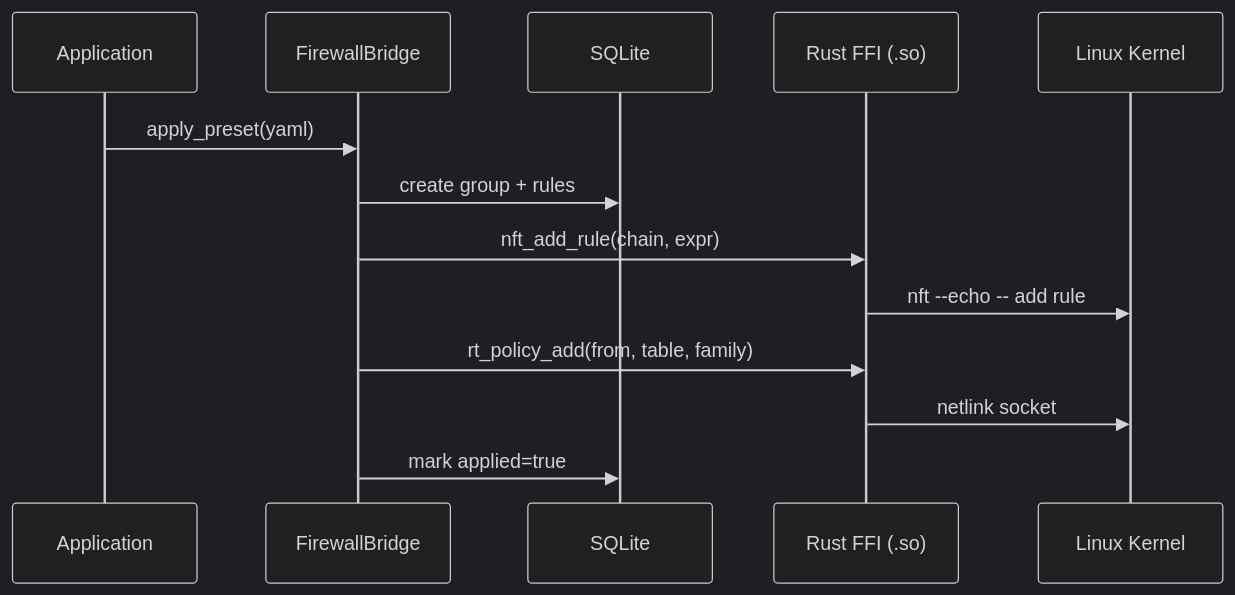
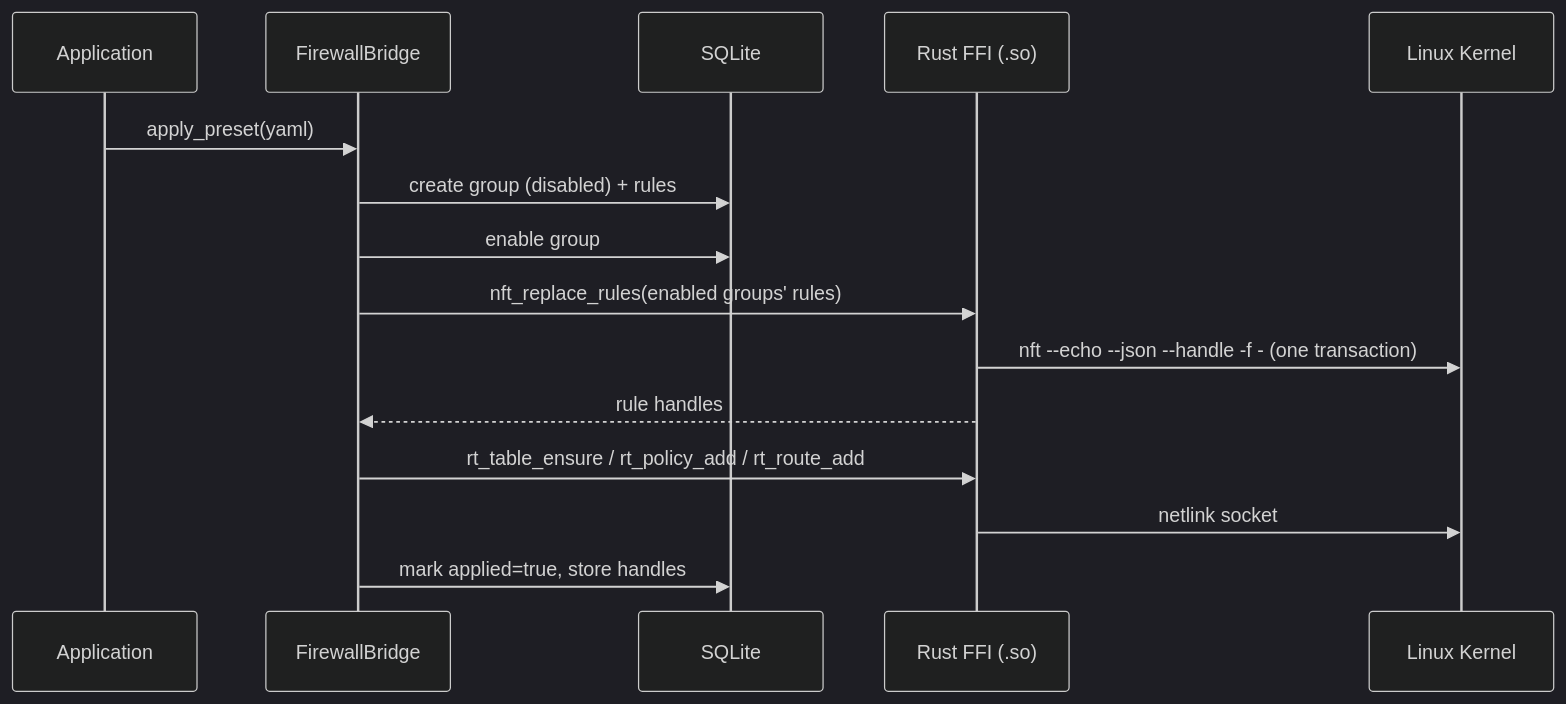
One commit to ARAS-Workspace/phantom-wg changed the second of 4 diagrams in README.md. Above: the diagram before and after it, drawn with Mermaid (dark theme). The commit also changed other lines of this file and 1 other file, not shown here.

First line of the commit message:
Docs: README routing table file, start and preset flows

````diff
--- a/README.md
+++ b/README.md
@@ -158,16 +159,18 @@
 ```mermaid
 sequenceDiagram
     participant App as Application
     participant Bridge as FirewallBridge
     participant DB as SQLite
     participant Rust as Rust FFI (.so)
     participant Kernel as Linux Kernel
 
     App->>Bridge: apply_preset(yaml)
-    Bridge->>DB: create group + rules
-    Bridge->>Rust: nft_add_rule(chain, expr)
-    Rust->>Kernel: nft --echo -- add rule
-    Bridge->>Rust: rt_policy_add(from, table, family)
+    Bridge->>DB: create group (disabled) + rules
+    Bridge->>DB: enable group
+    Bridge->>Rust: nft_replace_rules(enabled groups' rules)
+    Rust->>Kernel: nft --echo --json --handle -f - (one transaction)
+    Rust-->>Bridge: rule handles
+    Bridge->>Rust: rt_table_ensure / rt_policy_add / rt_route_add
     Rust->>Kernel: netlink socket
-    Bridge->>DB: mark applied=true
+    Bridge->>DB: mark applied=true, store handles
 ```
````
